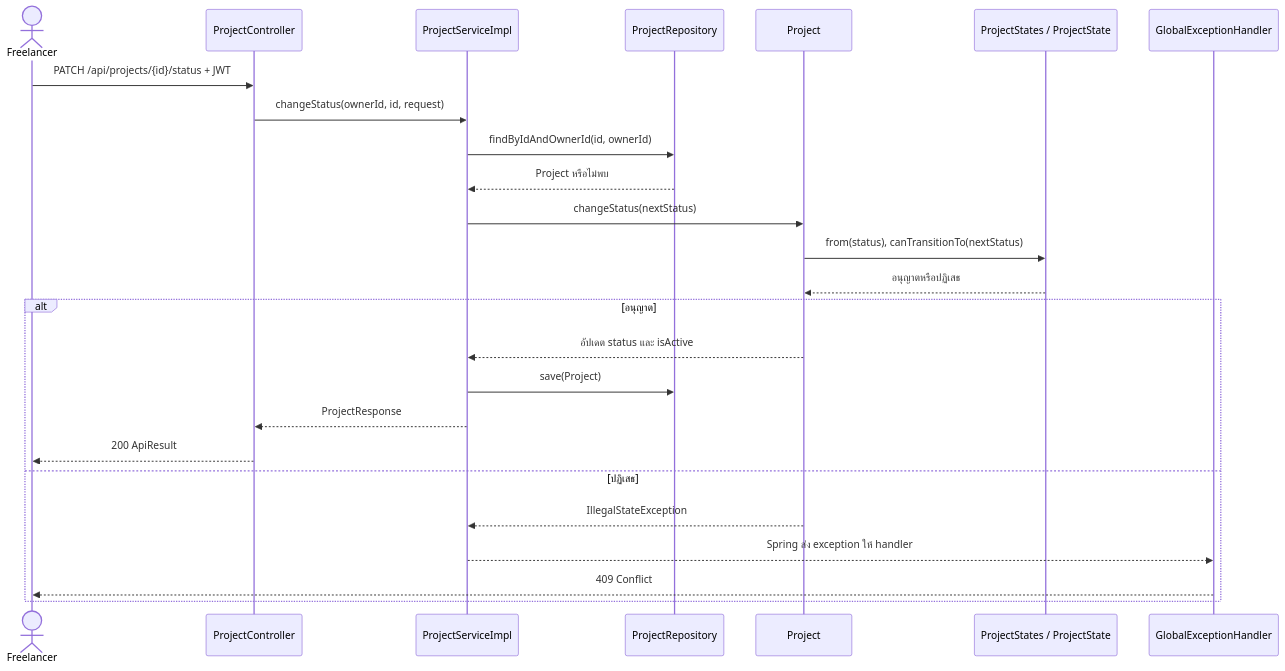
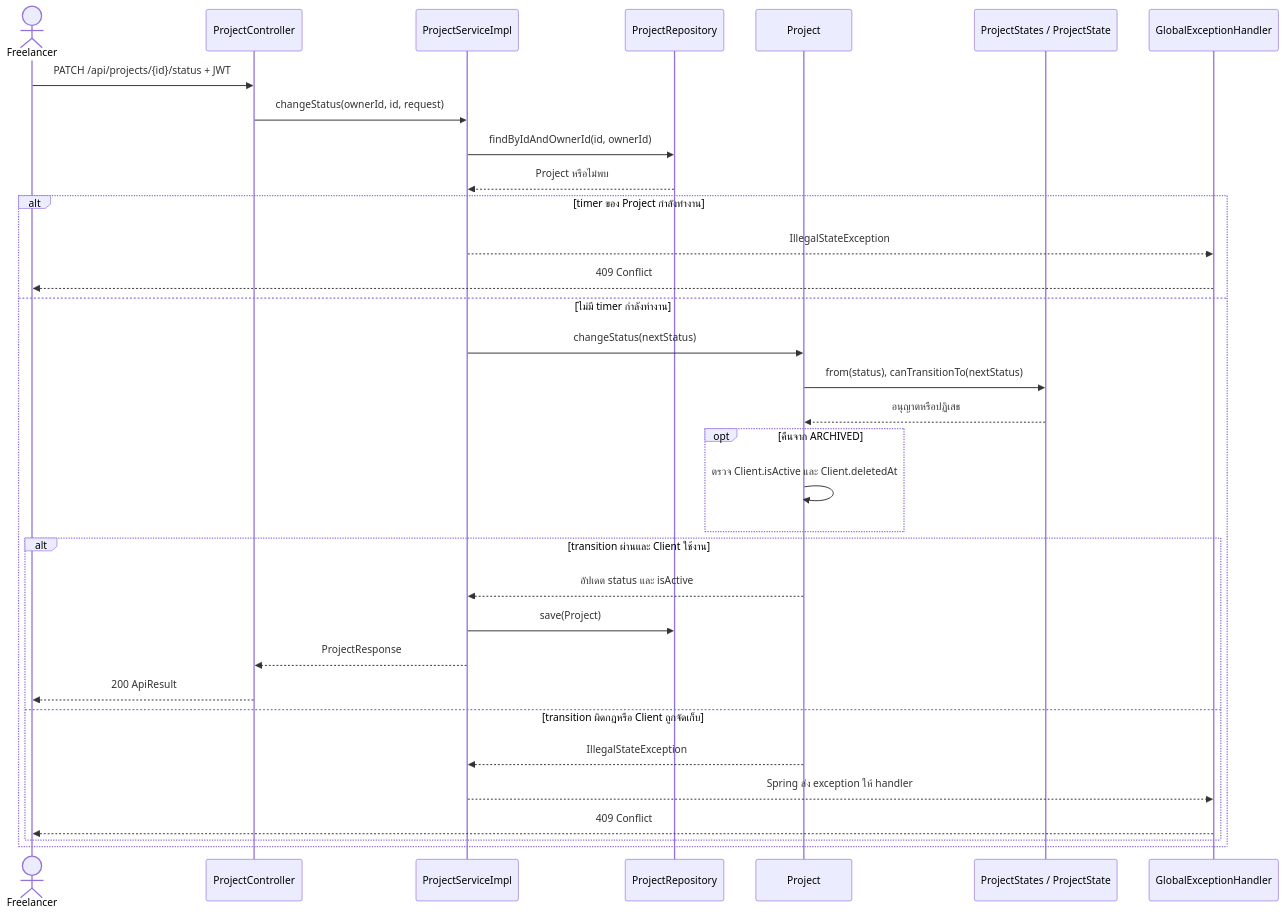
One commit to lillianxhub/freelance-hub changed the diagram in doc/V1/USECASE/kantavit-usecase.md. Above: the diagram before and after it, drawn with Mermaid. The commit also changed other lines of this file and 2 other files, not shown here.

````diff
--- a/doc/V1/USECASE/kantavit-usecase.md
+++ b/doc/V1/USECASE/kantavit-usecase.md
@@ -125,27 +125,35 @@
 ```mermaid
 sequenceDiagram
     actor F as Freelancer
     participant C as ProjectController
     participant S as ProjectServiceImpl
     participant R as ProjectRepository
     participant P as Project
     participant ST as ProjectStates / ProjectState
     participant H as GlobalExceptionHandler
     F->>C: PATCH /api/projects/{id}/status + JWT
     C->>S: changeStatus(ownerId, id, request)
     S->>R: findByIdAndOwnerId(id, ownerId)
     R-->>S: Project หรือไม่พบ
-    S->>P: changeStatus(nextStatus)
-    P->>ST: from(status), canTransitionTo(nextStatus)
-    ST-->>P: อนุญาตหรือปฏิเสธ
-    alt อนุญาต
-        P-->>S: อัปเดต status และ isActive
-        S->>R: save(Project)
-        S-->>C: ProjectResponse
-        C-->>F: 200 ApiResult
-    else ปฏิเสธ
-        P-->>S: IllegalStateException
-        S-->>H: Spring ส่ง exception ให้ handler
+    alt timer ของ Project กำลังทำงาน
+        S-->>H: IllegalStateException
         H-->>F: 409 Conflict
+    else ไม่มี timer กำลังทำงาน
+        S->>P: changeStatus(nextStatus)
+        P->>ST: from(status), canTransitionTo(nextStatus)
+        ST-->>P: อนุญาตหรือปฏิเสธ
+        opt คืนจาก ARCHIVED
+            P->>P: ตรวจ Client.isActive และ Client.deletedAt
+        end
+        alt transition ผ่านและ Client ใช้งาน
+            P-->>S: อัปเดต status และ isActive
+            S->>R: save(Project)
+            S-->>C: ProjectResponse
+            C-->>F: 200 ApiResult
+        else transition ผิดกฎหรือ Client ถูกจัดเก็บ
+            P-->>S: IllegalStateException
+            S-->>H: Spring ส่ง exception ให้ handler
+            H-->>F: 409 Conflict
+        end
     end
 ```
````
